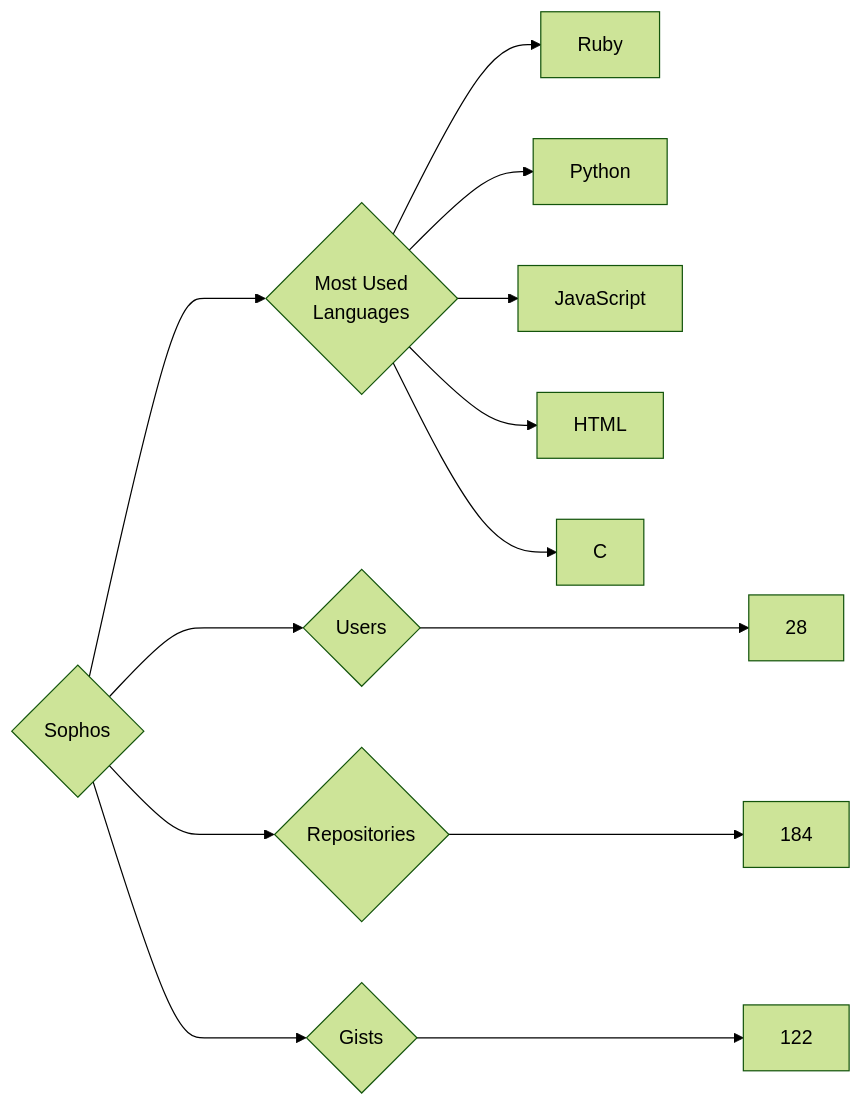
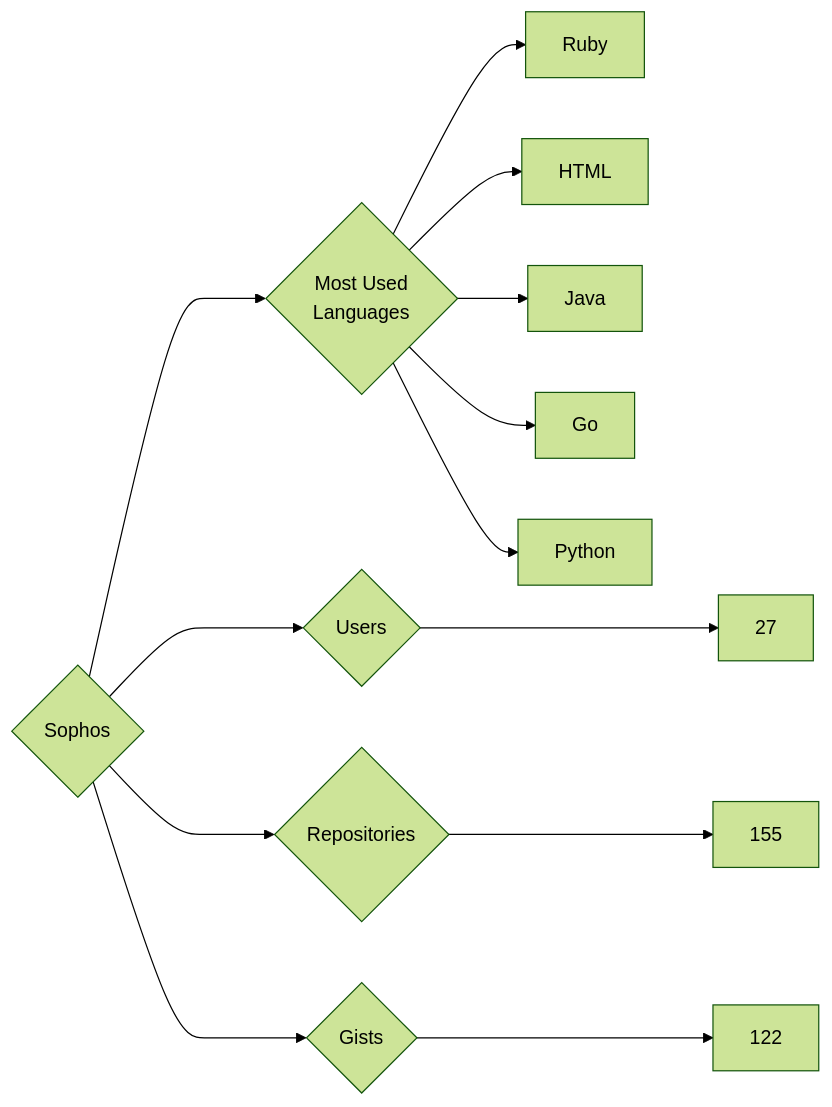
One commit to trickest/insiders changed the diagram in targets/Sophos/README.md. Above: the diagram before and after it, drawn with Mermaid (forest theme). The commit also changed 681 other files, not shown here.

````diff
--- a/targets/Sophos/README.md
+++ b/targets/Sophos/README.md
@@ -3,13 +3,13 @@
 ```mermaid
 graph LR
 COMPANY_NAME{Sophos}
-COMPANY_NAME ---> U{Users} ---> UN[28]
-COMPANY_NAME ---> R{Repositories} ---> RN[184]
+COMPANY_NAME ---> U{Users} ---> UN[27]
+COMPANY_NAME ---> R{Repositories} ---> RN[155]
 COMPANY_NAME ---> G{Gists} ---> GN[122]
 COMPANY_NAME ---> ML{Most Used<br>Languages}
 ML --> Ruby[Ruby]
+ML --> HTML[HTML]
+ML --> Java[Java]
+ML --> Go[Go]
 ML --> Python[Python]
-ML --> JavaScript[JavaScript]
-ML --> HTML[HTML]
-ML --> C[C]
 ```
````
